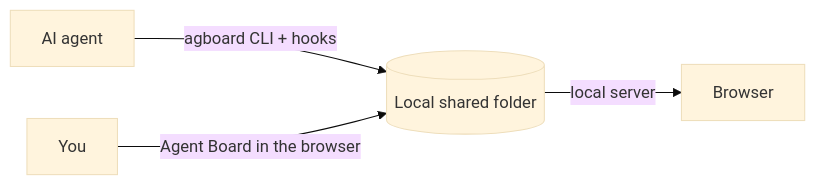
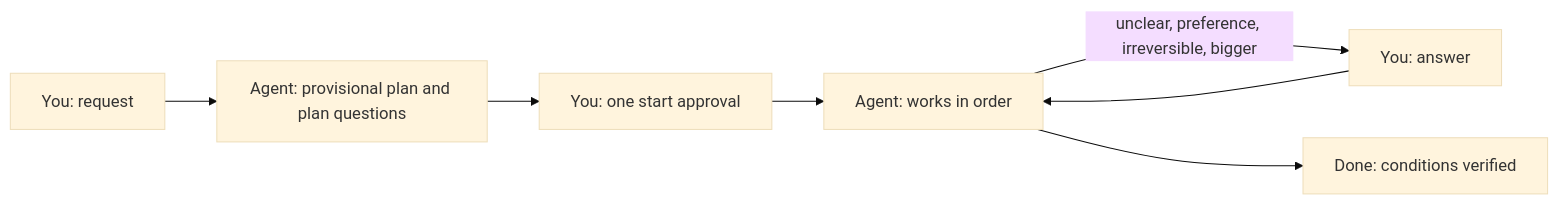
Before and after one commit to FooQoo/agent-board: the diagram in docs/guide/index.md, drawn with Mermaid (base theme). The commit also changed other lines of this file and 58 other files, not shown here.

````diff
--- a/docs/guide/index.md
+++ b/docs/guide/index.md
@@ -31,6 +45,9 @@
 ```mermaid
 flowchart LR
-    A["AI agent"] -- "agboard CLI + hooks" --> D[("Local shared folder")]
-    U["You"] -- "Agent Board in the browser" --> D
-    D -- "local server" --> B["Browser"]
+    R["You: request"] --> P["Agent: provisional plan and plan questions"]
+    P --> A["You: one start approval"]
+    A --> W["Agent: works in order"]
+    W -- "unclear, preference, irreversible, bigger" --> Q["You: answer"]
+    Q --> W
+    W --> D["Done: conditions verified"]
 ```
````
